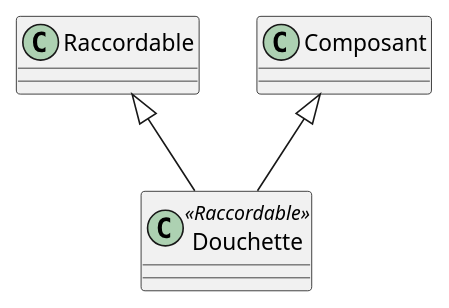
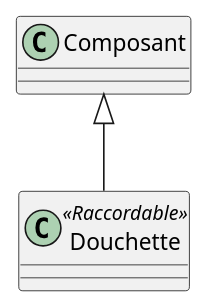
The diagram in douchette.iuml (beerfactory/brewbox-uml), drawn with PlantUML before and after one commit. The commit also changed 8 other files, not shown here.

```diff
--- a/douchette.iuml
+++ b/douchette.iuml
@@ -1,6 +1,5 @@
 class Douchette <<Raccordable>> {
 	
 }
 
-Raccordable <|-- Douchette
 Composant <|-- Douchette
```
